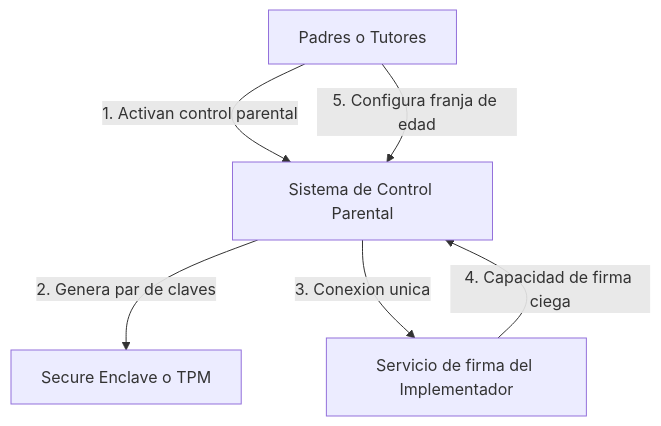
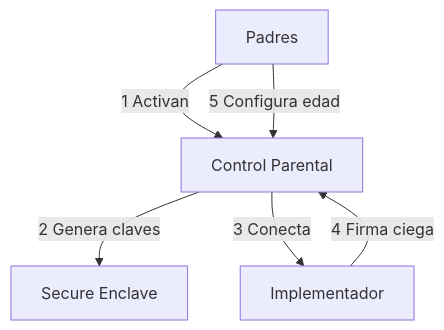
Diagram 11 of 13 in README.md (jorgej-ramos/AAVP), drawn with Mermaid before and after one commit. The commit also changed other lines of this file, not shown here.

First line of the commit message:
Refactor README structure and update diagrams

````diff
--- a/README.md
+++ b/README.md
@@ -424,8 +363,8 @@
 ```mermaid
 flowchart TD
-    P[Padres o Tutores] -->|1. Activan control parental| CP[Sistema de Control Parental]
-    CP -->|2. Genera par de claves| SE[Secure Enclave o TPM]
-    CP -->|3. Conexion unica| IM[Servicio de firma del Implementador]
-    IM -->|4. Capacidad de firma ciega| CP
-    P -->|5. Configura franja de edad| CP
+    A[Padres] -->|1 Activan| B[Control Parental]
+    B -->|2 Genera claves| C[Secure Enclave]
+    B -->|3 Conecta| D[Implementador]
+    D -->|4 Firma ciega| B
+    A -->|5 Configura edad| B
 ```
````
